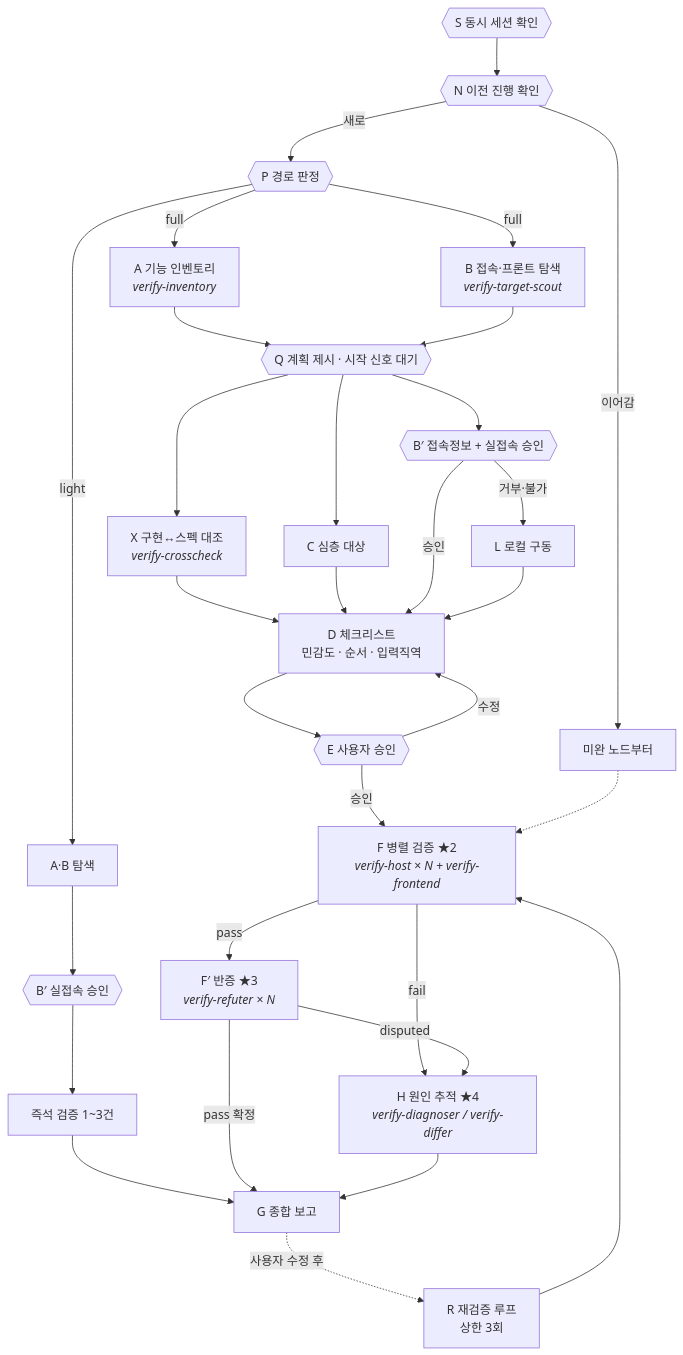
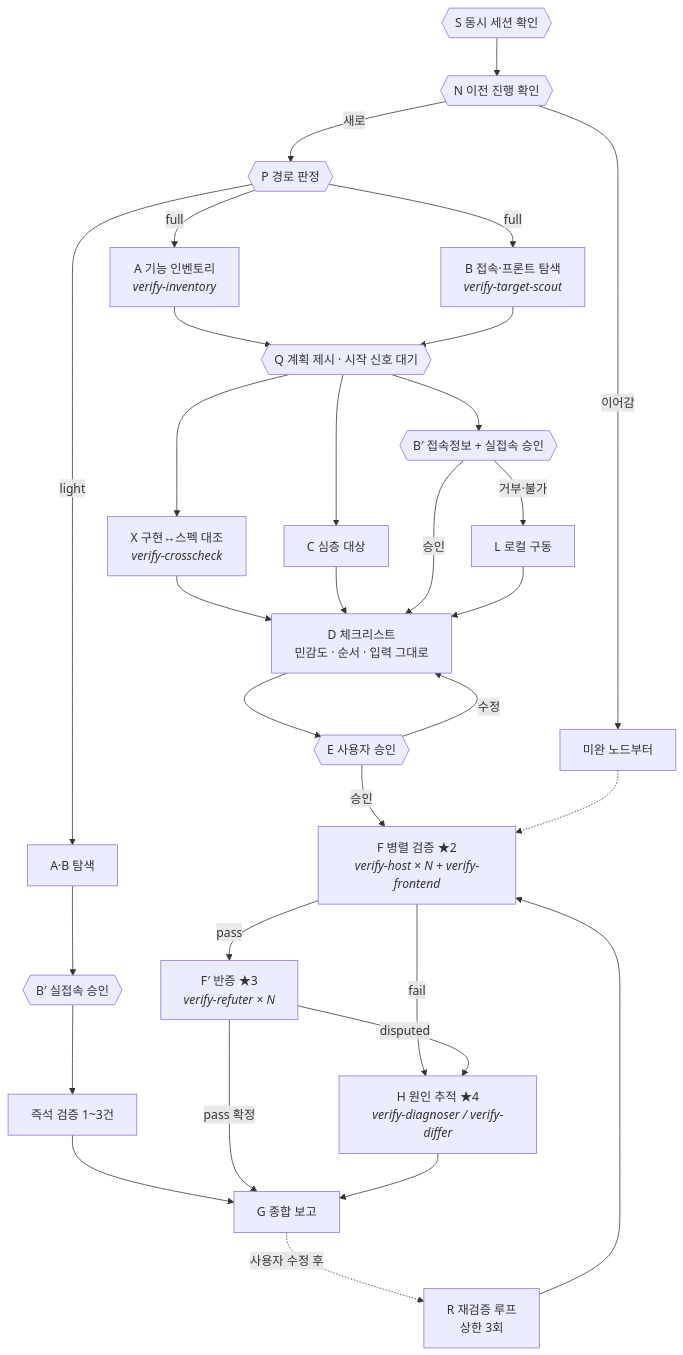
Before and after one commit to jollaman999/jolla-s-super-skills: the diagram in verify-impl/SKILL.md, drawn with Mermaid. The commit also changed other lines of this file and 10 other files, not shown here.

````diff
--- a/verify-impl/SKILL.md
+++ b/verify-impl/SKILL.md
@@ -69,30 +69,30 @@
 ```mermaid
 flowchart TD
   S{{"S 동시 세션 확인"}} --> N{{"N 이전 진행 확인"}}
   N -->|이어감| RESUME[미완 노드부터]
   N -->|새로| P{{"P 경로 판정"}}
   P -->|light| LA["A·B 탐색"] --> LB2{{"B′ 실접속 승인"}} --> LV["즉석 검증 1~3건"] --> G
   P -->|full| A["A 기능 인벤토리<br/><i>verify-inventory</i>"]
   P -->|full| B["B 접속·프론트 탐색<br/><i>verify-target-scout</i>"]
   A --> Q{{"Q 계획 제시 · 시작 신호 대기"}}
   B --> Q
   Q --> X["X 구현↔스펙 대조<br/><i>verify-crosscheck</i>"]
   Q --> C[C 심층 대상]
   Q --> B2{{"B′ 접속정보 + 실접속 승인"}}
   B2 -->|거부·불가| L[L 로컬 구동]
-  X --> D["D 체크리스트<br/>민감도 · 순서 · 입력직역"]
+  X --> D["D 체크리스트<br/>민감도 · 순서 · 입력 그대로"]
   C --> D
   B2 -->|승인| D
   L --> D
   D --> E{{"E 사용자 승인"}}
   E -->|수정| D
   E -->|승인| F["F 병렬 검증 ★2<br/><i>verify-host × N + verify-frontend</i>"]
   F -->|pass| F2["F′ 반증 ★3<br/><i>verify-refuter × N</i>"]
   F -->|fail| H["H 원인 추적 ★4<br/><i>verify-diagnoser / verify-differ</i>"]
   F2 -->|disputed| H
   F2 -->|pass 확정| G[G 종합 보고]
   H --> G
   G -.->|사용자 수정 후| R["R 재검증 루프<br/>상한 3회"]
   R --> F
   RESUME -.-> F
 ```
````
